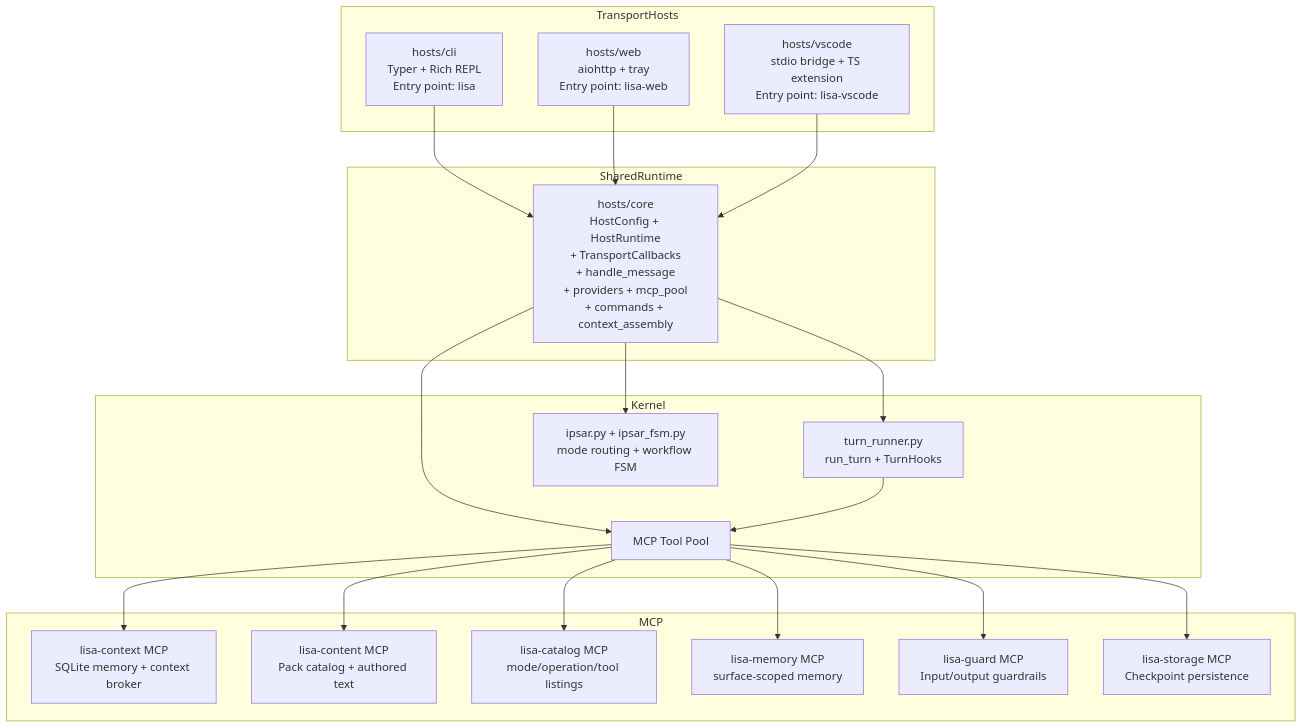
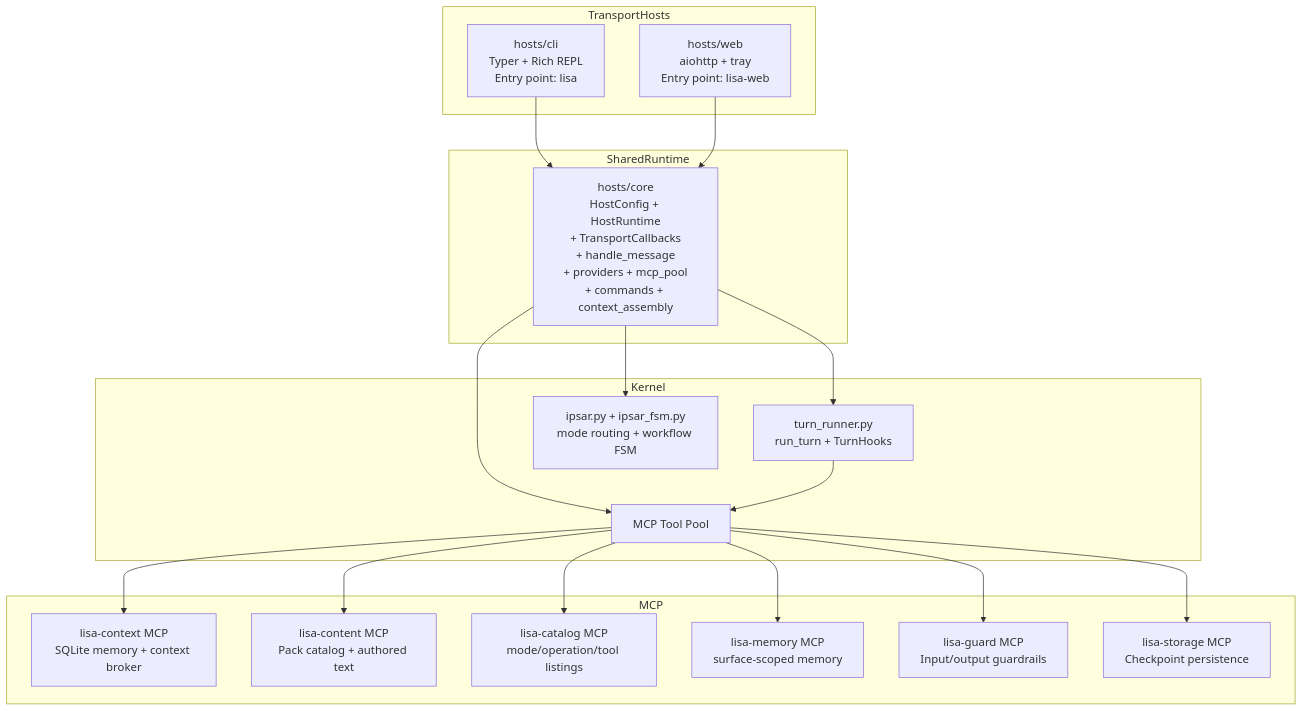
The diagram in docs/HOSTS_GUIDE.md (Lisa-Harness/lisa), drawn with Mermaid before and after one commit. The commit also changed other lines of this file and 29 other files, not shown here.

````diff
--- a/docs/HOSTS_GUIDE.md
+++ b/docs/HOSTS_GUIDE.md
@@ -7,43 +7,41 @@
 ```mermaid
 flowchart TD
   subgraph TransportHosts
     CLI[hosts/cli<br/>Typer + Rich REPL<br/>Entry point: lisa]
     Web[hosts/web<br/>aiohttp + tray<br/>Entry point: lisa-web]
-    VSCode[hosts/vscode<br/>stdio bridge + TS extension<br/>Entry point: lisa-vscode]
   end
 
   subgraph SharedRuntime
     Core[hosts/core<br/>HostConfig + HostRuntime<br/>+ TransportCallbacks<br/>+ handle_message<br/>+ providers + mcp_pool<br/>+ commands + context_assembly]
   end
 
   subgraph Kernel
     TR[turn_runner.py<br/>run_turn + TurnHooks]
     FD[ipsar.py + ipsar_fsm.py<br/>mode routing + workflow FSM]
     TOOLS[MCP Tool Pool]
   end
 
   subgraph MCP
     Context[lisa-context MCP<br/>SQLite memory + context broker]
     Content[lisa-content MCP<br/>Pack catalog + authored text]
     Catalog[lisa-catalog MCP<br/>mode/operation/tool listings]
     Memory[lisa-memory MCP<br/>surface-scoped memory]
     Guard[lisa-guard MCP<br/>Input/output guardrails]
     Storage[lisa-storage MCP<br/>Checkpoint persistence]
   end
 
   CLI --> Core
   Web --> Core
-  VSCode --> Core
 
   Core --> TR
   Core --> FD
   Core --> TOOLS
 
   TR --> TOOLS
   TOOLS --> Context
   TOOLS --> Content
   TOOLS --> Catalog
   TOOLS --> Memory
   TOOLS --> Guard
   TOOLS --> Storage
 ```
````
